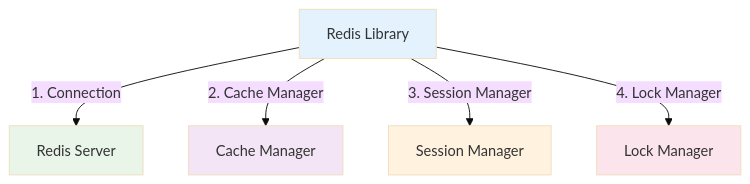
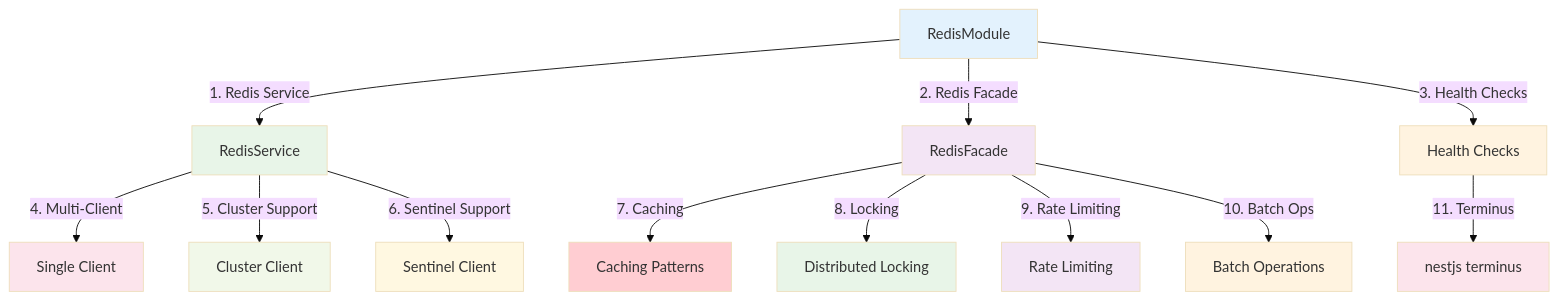
Before and after one commit to ecom-co/document: the diagram in docs/ecom-co/libs/redis/redis-library.md, drawn with Mermaid (base theme). The commit also changed other lines of this file and 31 other files, not shown here.

````diff
--- a/docs/ecom-co/libs/redis/redis-library.md
+++ b/docs/ecom-co/libs/redis/redis-library.md
@@ -26,14 +30,30 @@
 ```mermaid
 flowchart TD
-    A[Redis Library] -->|1. Connection| B[Redis Server]
+    A[RedisModule] -->|1. Redis Service| B[RedisService]
+    A -->|2. Redis Facade| C[RedisFacade]
+    A -->|3. Health Checks| D[Health Checks]
     
-    A -->|2. Cache Manager| C[Cache Manager]
-    A -->|3. Session Manager| D[Session Manager]
-    A -->|4. Lock Manager| E[Lock Manager]
+    B -->|4. Multi-Client| E[Single Client]
+    B -->|5. Cluster Support| F[Cluster Client]
+    B -->|6. Sentinel Support| G[Sentinel Client]
+    
+    C -->|7. Caching| H[Caching Patterns]
+    C -->|8. Locking| I[Distributed Locking]
+    C -->|9. Rate Limiting| J[Rate Limiting]
+    C -->|10. Batch Ops| K[Batch Operations]
+    
+    D -->|11. Terminus| L[nestjs terminus]
     
     style A fill:#e3f2fd
     style B fill:#e8f5e8
     style C fill:#f3e5f5
     style D fill:#fff3e0
     style E fill:#fce4ec
+    style F fill:#f1f8e9
+    style G fill:#fff8e1
+    style H fill:#ffcdd2
+    style I fill:#e8f5e8
+    style J fill:#f3e5f5
+    style K fill:#fff3e0
+    style L fill:#fce4ec
 ```
````
